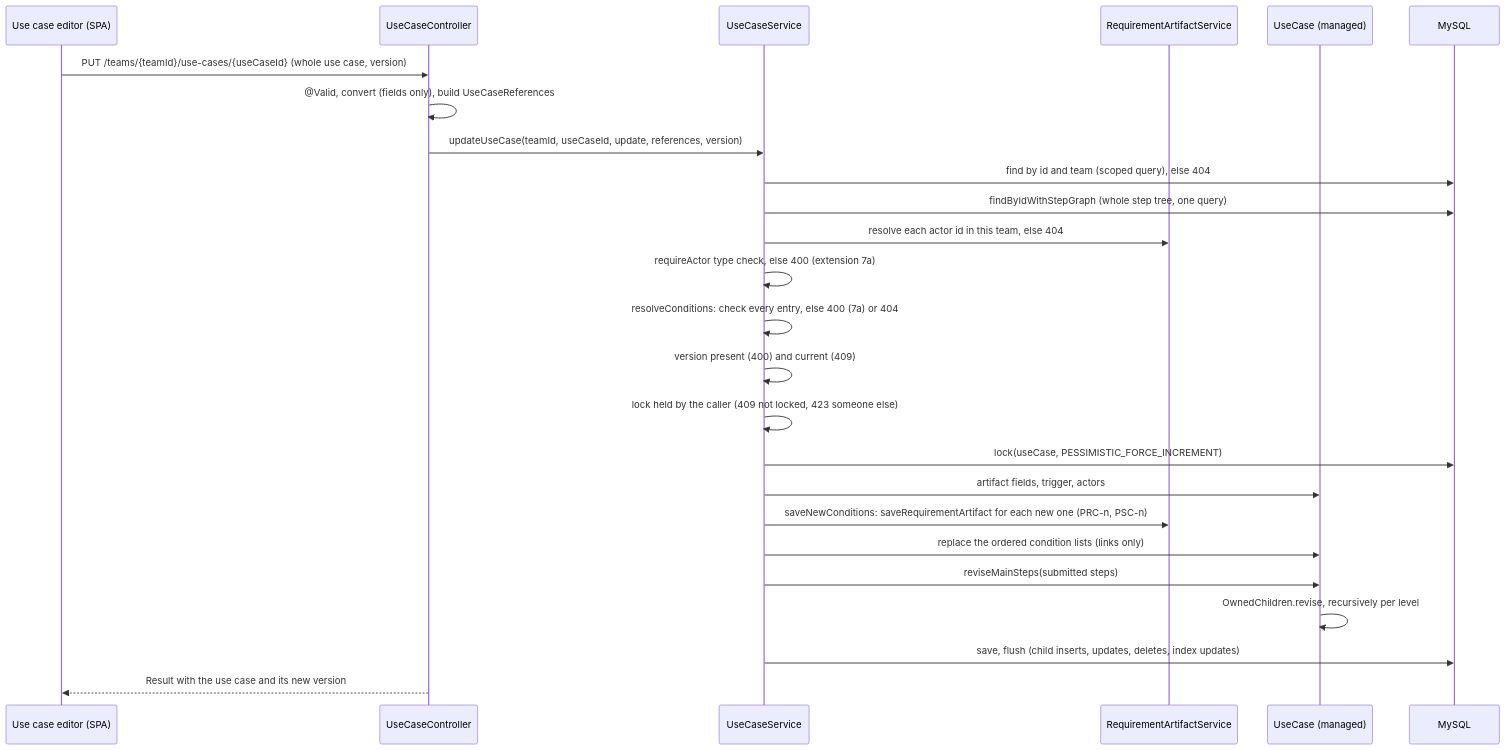
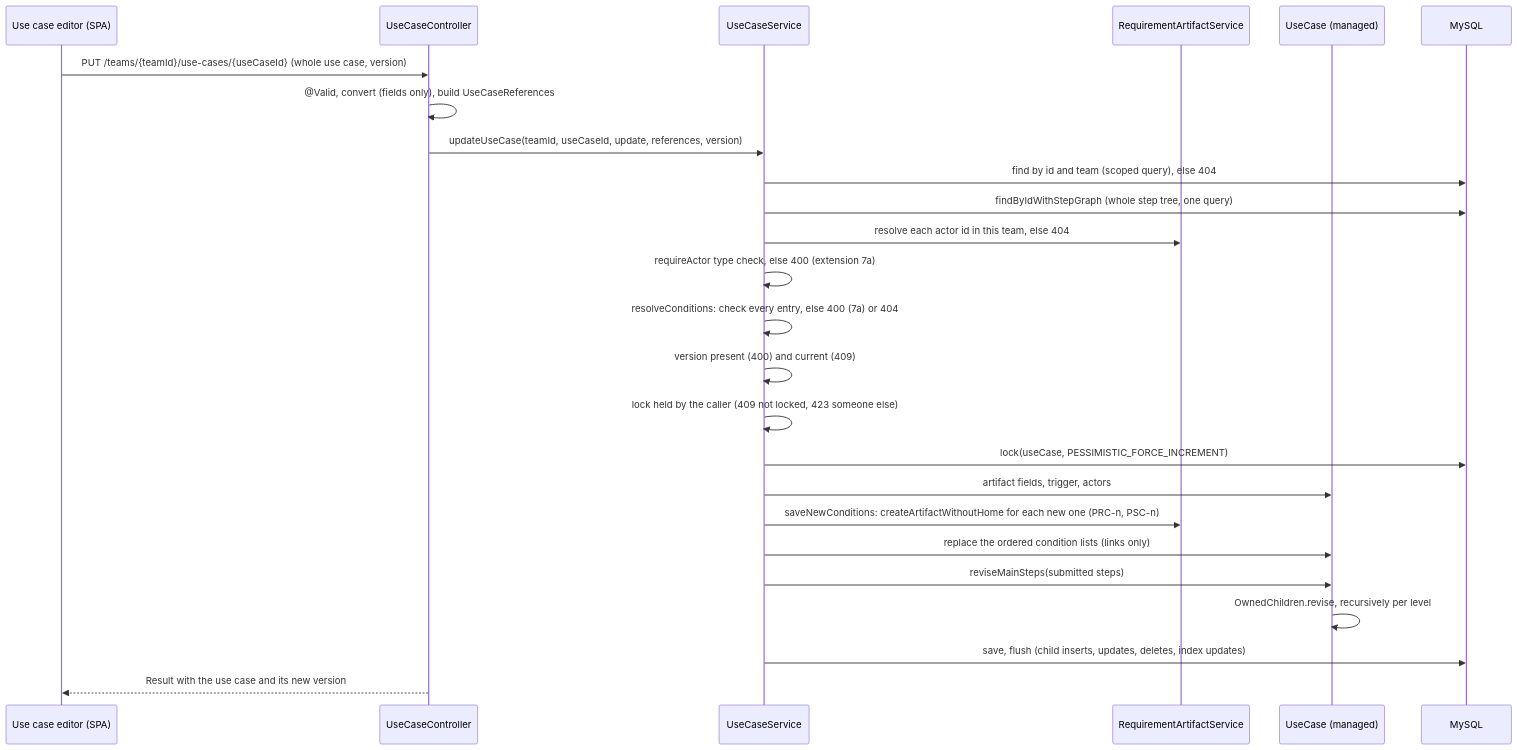
Before and after one commit to Washingtonwei/project-pulse: the third of 8 diagrams in docs/design/doc.md, drawn with Mermaid. The commit also changed other lines of this file and 7 other files, not shown here.

First line of the commit message:
Rename saveRequirementArtifact to createArtifactWithoutHome

````diff
--- a/docs/design/doc.md
+++ b/docs/design/doc.md
@@ -172,27 +172,27 @@
 ```mermaid
 sequenceDiagram
     participant E as Use case editor (SPA)
     participant C as UseCaseController
     participant S as UseCaseService
     participant R as RequirementArtifactService
     participant U as UseCase (managed)
     participant DB as MySQL
     E->>C: PUT /teams/{teamId}/use-cases/{useCaseId} (whole use case, version)
     C->>C: @Valid, convert (fields only), build UseCaseReferences
     C->>S: updateUseCase(teamId, useCaseId, update, references, version)
     S->>DB: find by id and team (scoped query), else 404
     S->>DB: findByIdWithStepGraph (whole step tree, one query)
     S->>R: resolve each actor id in this team, else 404
     S->>S: requireActor type check, else 400 (extension 7a)
     S->>S: resolveConditions: check every entry, else 400 (7a) or 404
     S->>S: version present (400) and current (409)
     S->>S: lock held by the caller (409 not locked, 423 someone else)
     S->>DB: lock(useCase, PESSIMISTIC_FORCE_INCREMENT)
     S->>U: artifact fields, trigger, actors
-    S->>R: saveNewConditions: saveRequirementArtifact for each new one (PRC-n, PSC-n)
+    S->>R: saveNewConditions: createArtifactWithoutHome for each new one (PRC-n, PSC-n)
     S->>U: replace the ordered condition lists (links only)
     S->>U: reviseMainSteps(submitted steps)
     U->>U: OwnedChildren.revise, recursively per level
     S->>DB: save, flush (child inserts, updates, deletes, index updates)
     C-->>E: Result with the use case and its new version
 ```
````
